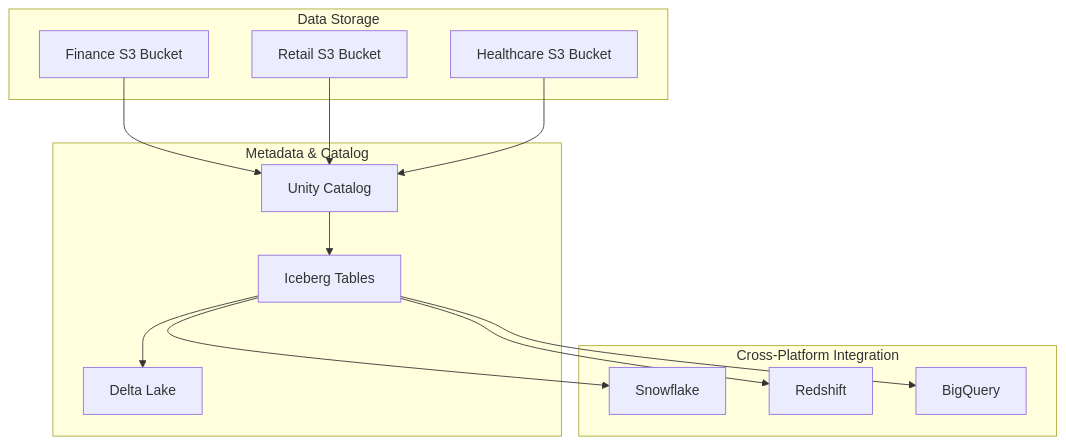
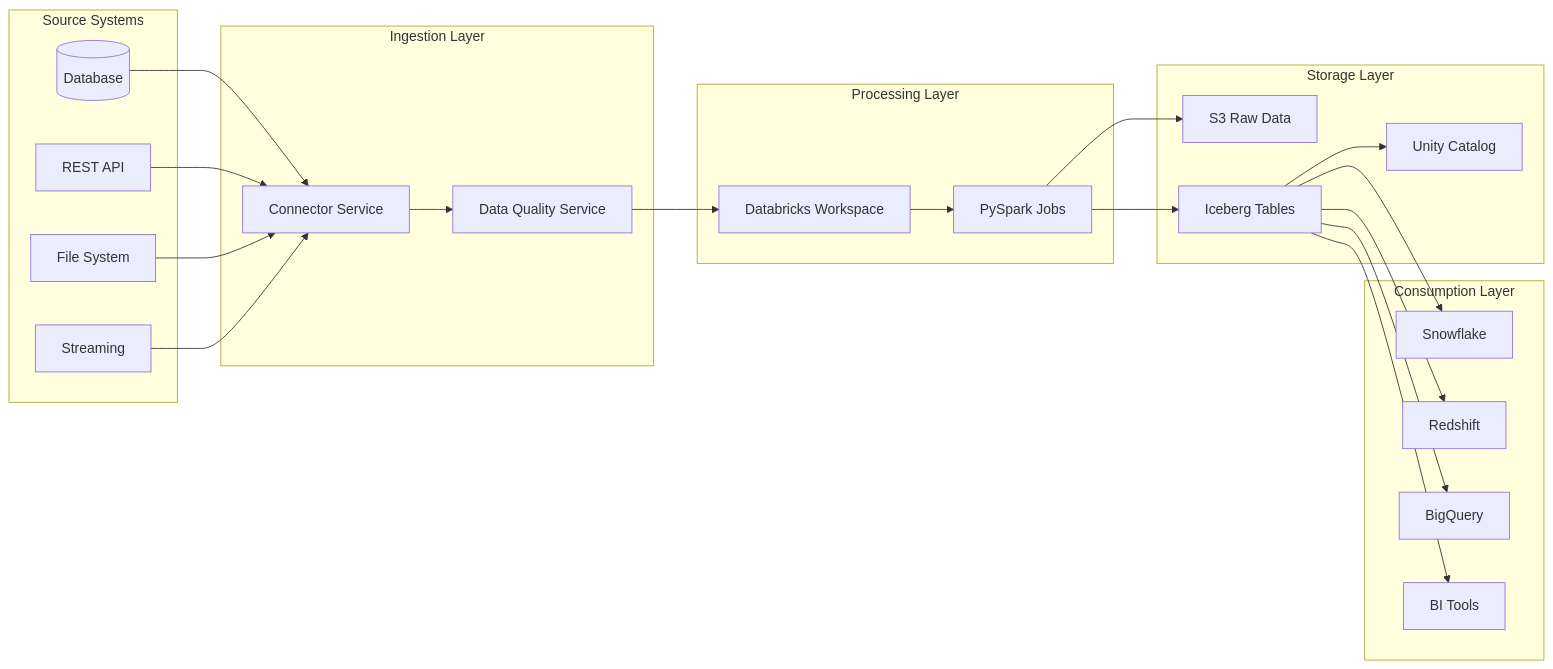
The second of 4 diagrams in ARCHITECTURE.md (anurag-v-naik/multi-tenant-ingestion), drawn with Mermaid before and after one commit. The commit also changed other lines of this file and 17 other files, not shown here.

````diff
--- a/ARCHITECTURE.md
+++ b/ARCHITECTURE.md
@@ -180,29 +237,47 @@
 ```mermaid
-graph TB
-    subgraph "Data Storage"
-        S3A[Finance S3 Bucket]
-        S3B[Retail S3 Bucket]
-        S3C[Healthcare S3 Bucket]
+graph LR
+    subgraph "Source Systems"
+        DB[(Database)]
+        API[REST API]
+        FILE[File System]
+        STREAM[Streaming]
     end
     
-    subgraph "Metadata & Catalog"
-        UC[Unity Catalog]
-        ICE[Iceberg Tables]
-        DL[Delta Lake]
+    subgraph "Ingestion Layer"
+        CONNECTOR[Connector Service]
+        VALIDATE[Data Quality Service]
     end
     
-    subgraph "Cross-Platform Integration"
-        SF[Snowflake]
-        RS[Redshift]
-        BQ[BigQuery]
+    subgraph "Processing Layer"
+        DATABRICKS[Databricks Workspace]
+        SPARK[PySpark Jobs]
     end
     
-    S3A --> UC
-    S3B --> UC
-    S3C --> UC
-    UC --> ICE
-    ICE --> DL
-    ICE --> SF
-    ICE --> RS
-    ICE --> BQ
+    subgraph "Storage Layer"
+        S3[S3 Raw Data]
+        ICEBERG[Iceberg Tables]
+        CATALOG[Unity Catalog]
+    end
+    
+    subgraph "Consumption Layer"
+        SNOWFLAKE[Snowflake]
+        REDSHIFT[Redshift]
+        BIGQUERY[BigQuery]
+        BI[BI Tools]
+    end
+    
+    DB --> CONNECTOR
+    API --> CONNECTOR
+    FILE --> CONNECTOR
+    STREAM --> CONNECTOR
+    CONNECTOR --> VALIDATE
+    VALIDATE --> DATABRICKS
+    DATABRICKS --> SPARK
+    SPARK --> S3
+    SPARK --> ICEBERG
+    ICEBERG --> CATALOG
+    ICEBERG --> SNOWFLAKE
+    ICEBERG --> REDSHIFT
+    ICEBERG --> BIGQUERY
+    ICEBERG --> BI
 ```
````
